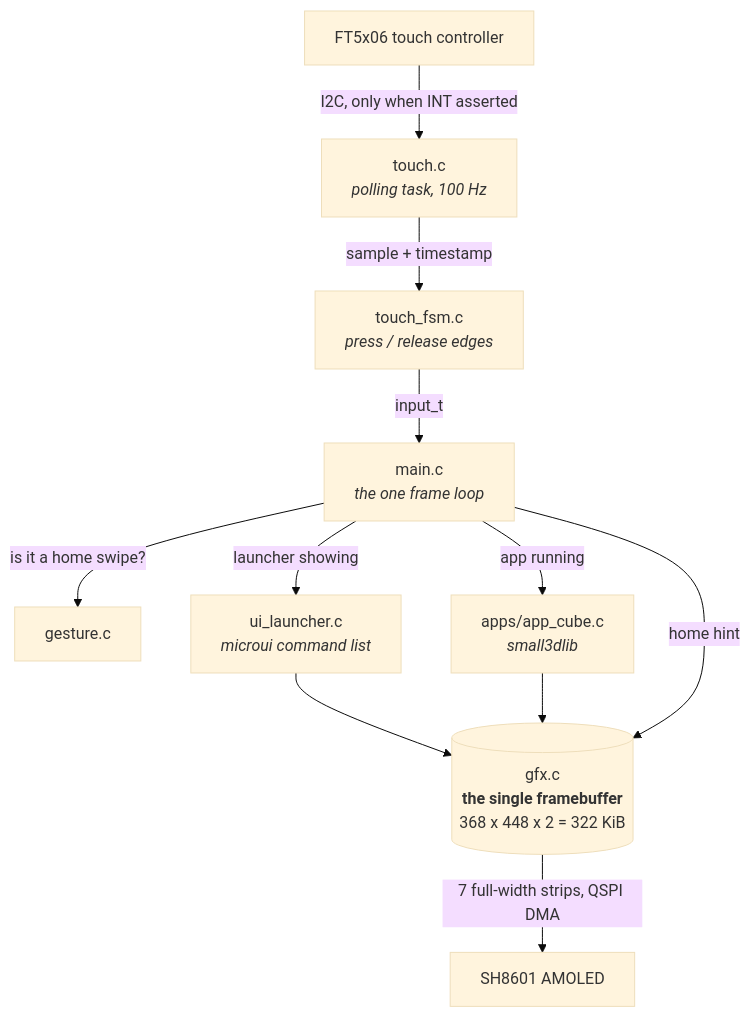
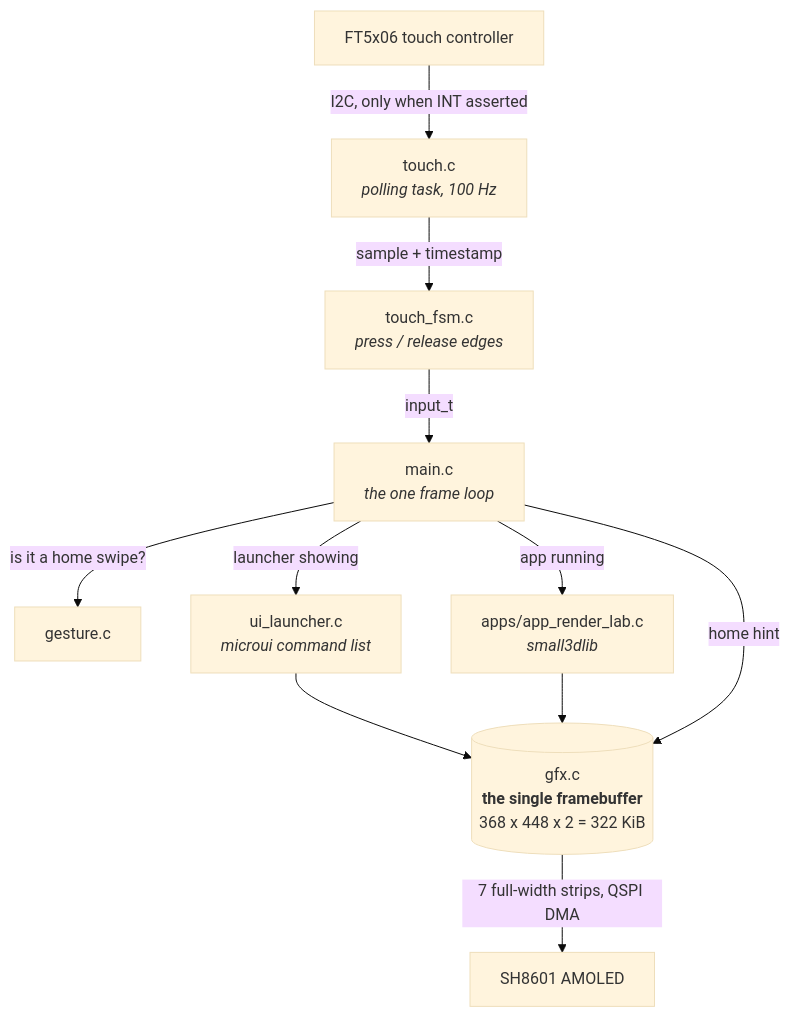
Before and after one commit to jose-villegas/autana: the first of 3 diagrams in docs/Launcher-Architecture.md, drawn with Mermaid (base theme). The commit also changed 37 other files, not shown here.

Commit message:
apps: rename cube to render_lab and add a scene interface

````diff
--- a/docs/Launcher-Architecture.md
+++ b/docs/Launcher-Architecture.md
@@ -208,18 +208,18 @@
 ```mermaid
 flowchart TB
     FT["FT5x06 touch controller"] -->|"I2C, only when INT asserted"| TP
     TP["touch.c<br/><i>polling task, 100 Hz</i>"] -->|"sample + timestamp"| FSM
     FSM["touch_fsm.c<br/><i>press / release edges</i>"] -->|"input_t"| SHELL
 
     SHELL["main.c<br/><i>the one frame loop</i>"]
     SHELL -->|"is it a home swipe?"| GEST["gesture.c"]
     SHELL -->|"launcher showing"| UI["ui_launcher.c<br/><i>microui command list</i>"]
-    SHELL -->|"app running"| APP["apps/app_cube.c<br/><i>small3dlib</i>"]
+    SHELL -->|"app running"| APP["apps/app_render_lab.c<br/><i>small3dlib</i>"]
 
     UI --> FB
     APP --> FB
     SHELL -->|"home hint"| FB
 
     FB[("gfx.c<br/><b>the single framebuffer</b><br/>368 x 448 x 2 = 322 KiB")]
     FB -->|"7 full-width strips, QSPI DMA"| PANEL["SH8601 AMOLED"]
 ```
````
